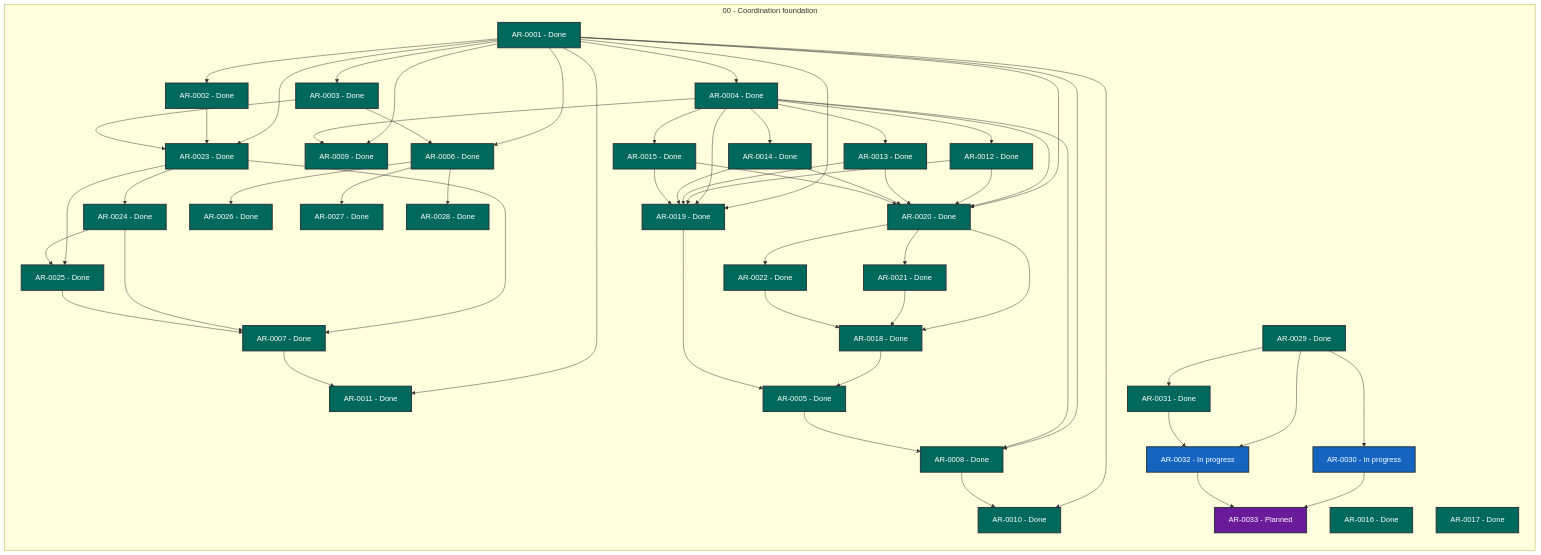
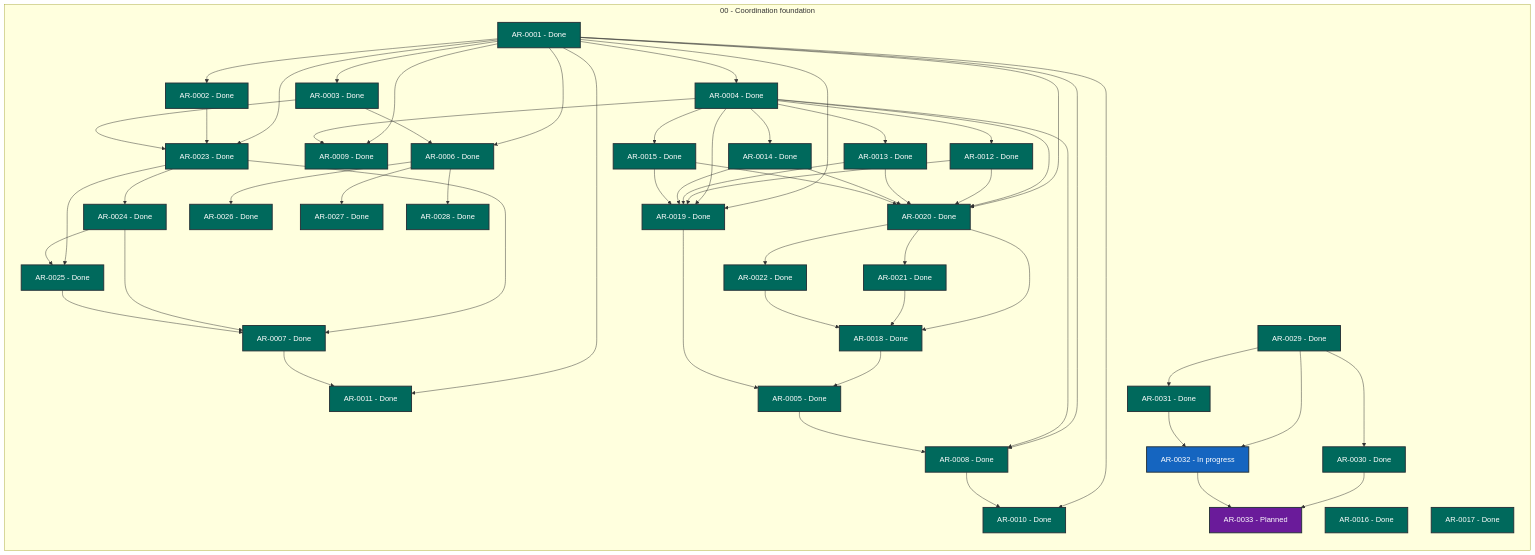
The diagram in STATUS.md (martin-beck/agent-workflow-quality-state), drawn with Mermaid before and after one commit. The commit also changed other lines of this file and 2 other files, not shown here.

```diff
--- a/STATUS.md
+++ b/STATUS.md
@@ -57,7 +57,7 @@
         AR_0027["AR-0027 - Done"]:::status_done
         AR_0028["AR-0028 - Done"]:::status_done
         AR_0029["AR-0029 - Done"]:::status_done
-        AR_0030["AR-0030 - In progress"]:::status_in_progress
+        AR_0030["AR-0030 - Done"]:::status_done
         AR_0031["AR-0031 - Done"]:::status_done
         AR_0032["AR-0032 - In progress"]:::status_in_progress
         AR_0033["AR-0033 - Planned"]:::status_planned
```
